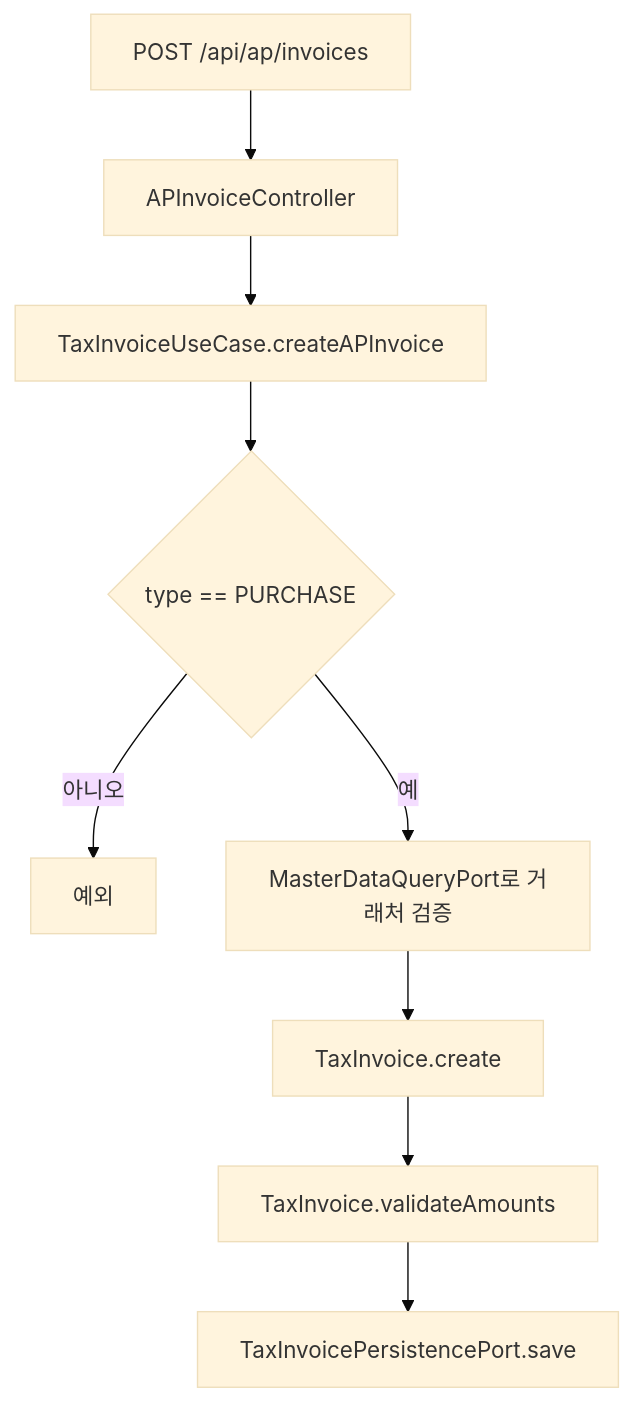
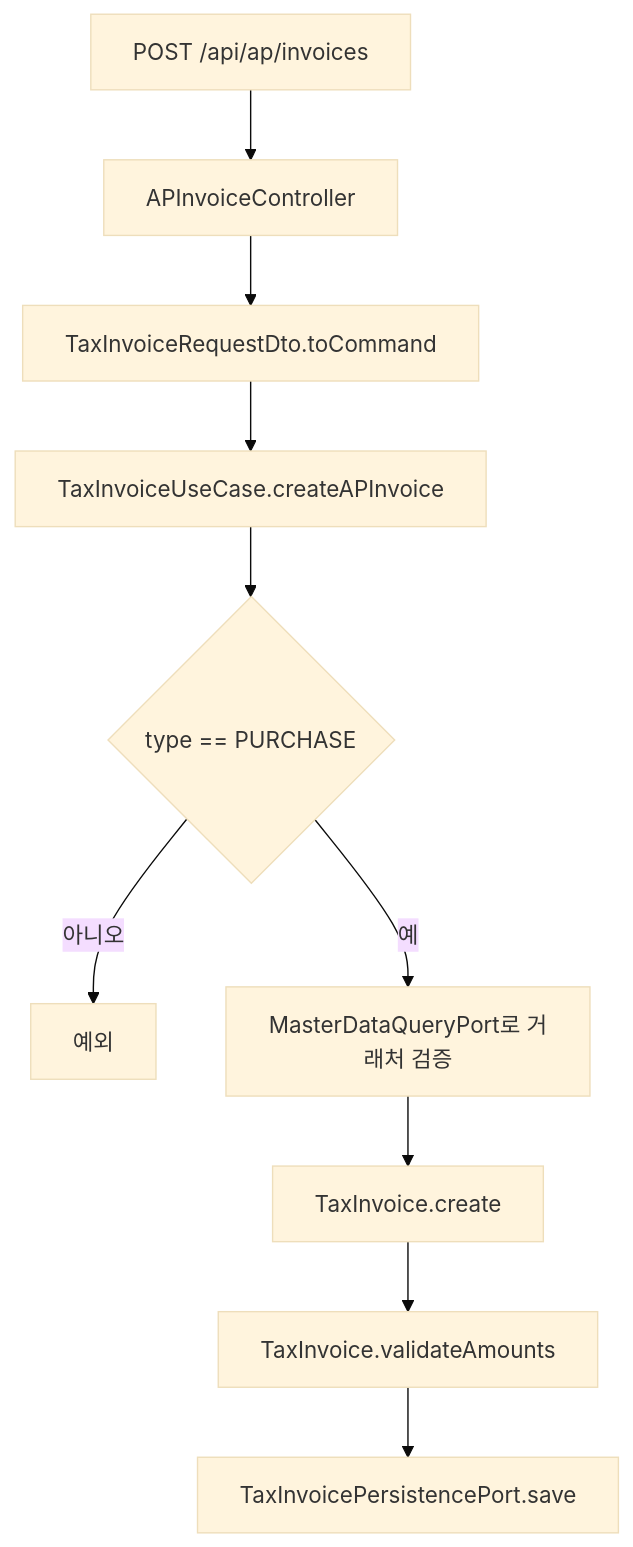
The first of 3 diagrams in tax/docs/process-flow.md (skyg547/account), drawn with Mermaid (base theme) before and after one commit. The commit also changed other lines of this file and 60 other files, not shown here.

````diff
--- a/tax/docs/process-flow.md
+++ b/tax/docs/process-flow.md
@@ -20,11 +20,12 @@
 ```mermaid
 flowchart TD
     A[POST /api/ap/invoices] --> B[APInvoiceController]
-    B --> C[TaxInvoiceUseCase.createAPInvoice]
+    B --> B1[TaxInvoiceRequestDto.toCommand]
+    B1 --> C[TaxInvoiceUseCase.createAPInvoice]
     C --> D{type == PURCHASE}
     D -->|아니오| E[예외]
     D -->|예| F[MasterDataQueryPort로 거래처 검증]
     F --> G[TaxInvoice.create]
     G --> H[TaxInvoice.validateAmounts]
     H --> I[TaxInvoicePersistencePort.save]
 ```
````
